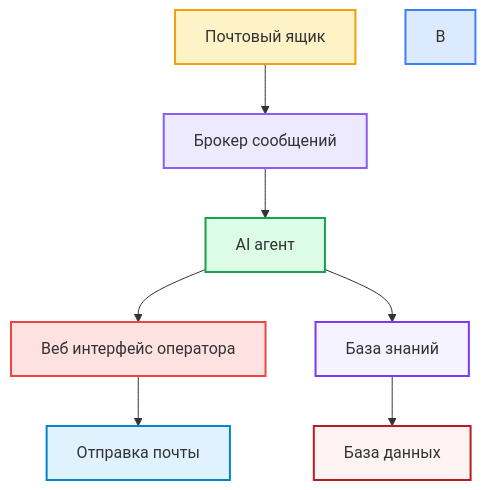
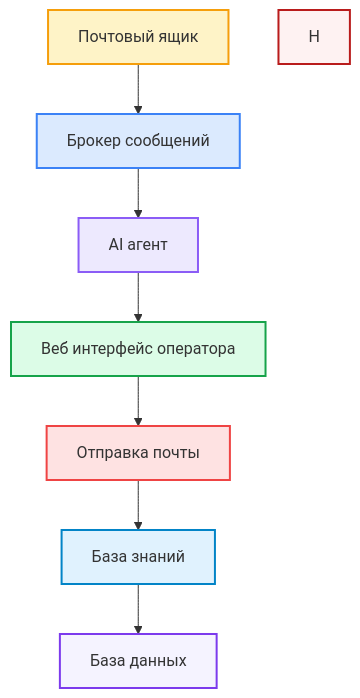
Before and after one commit to maksosTeam/enigma_hack_2026: the diagram in README.md, drawn with Mermaid.

````diff
--- a/README.md
+++ b/README.md
@@ -69,19 +69,19 @@
 ```mermaid
 flowchart TD
-    A[Почтовый ящик] --> C[Брокер сообщений]
-    C --> D[AI агент]
-    D --> E[Веб интерфейс оператора]
-    E --> F[Отправка почты]
+    A[Почтовый ящик] --> B[Брокер сообщений]
+    B --> C[AI агент]
+    C --> D[Веб интерфейс оператора]
+    D --> E[Отправка почты]
 
-    D --> G[База знаний]
-    G --> H[База данных]
+    E --> F[База знаний]
+    F --> G[База данных]
 
     style A fill:#fef3c7,stroke:#f59e0b,stroke-width:2px
     style B fill:#dbeafe,stroke:#3b82f6,stroke-width:2px
     style C fill:#ede9fe,stroke:#8b5cf6,stroke-width:2px
     style D fill:#dcfce7,stroke:#16a34a,stroke-width:2px
     style E fill:#fee2e2,stroke:#ef4444,stroke-width:2px
     style F fill:#e0f2fe,stroke:#0284c7,stroke-width:2px
     style G fill:#f5f3ff,stroke:#7c3aed,stroke-width:2px
     style H fill:#fef2f2,stroke:#b91c1c,stroke-width:2px
 ```
````
